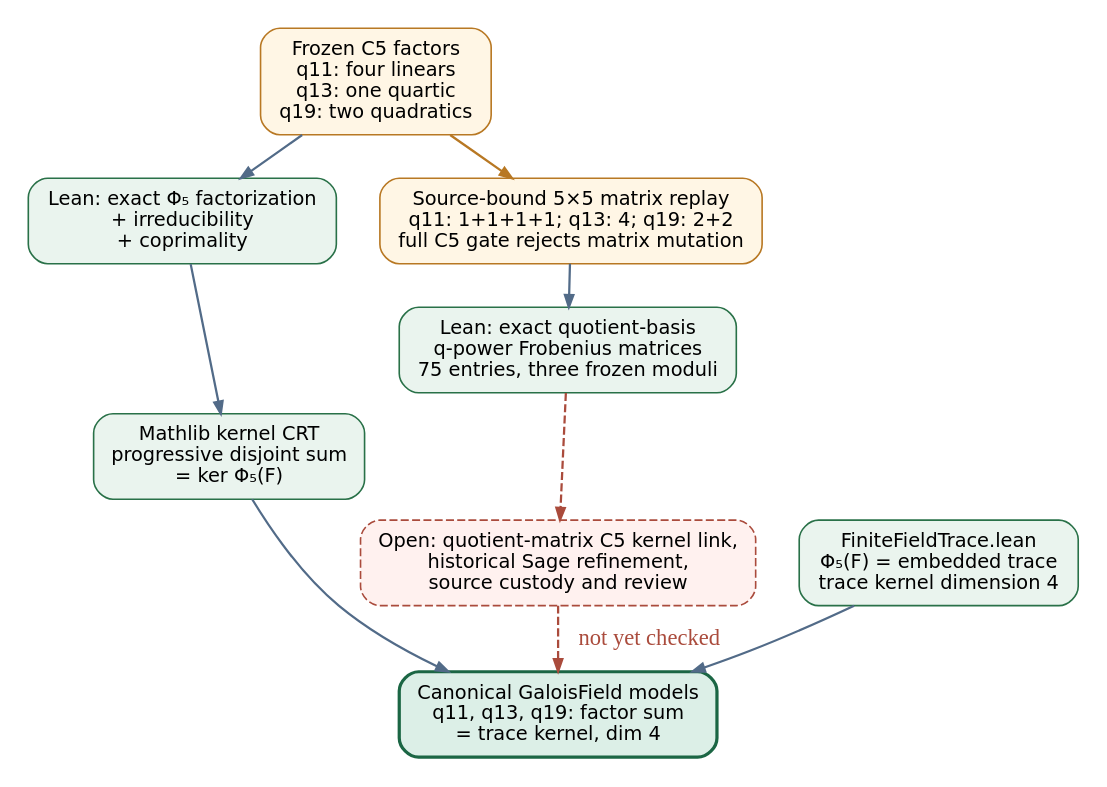
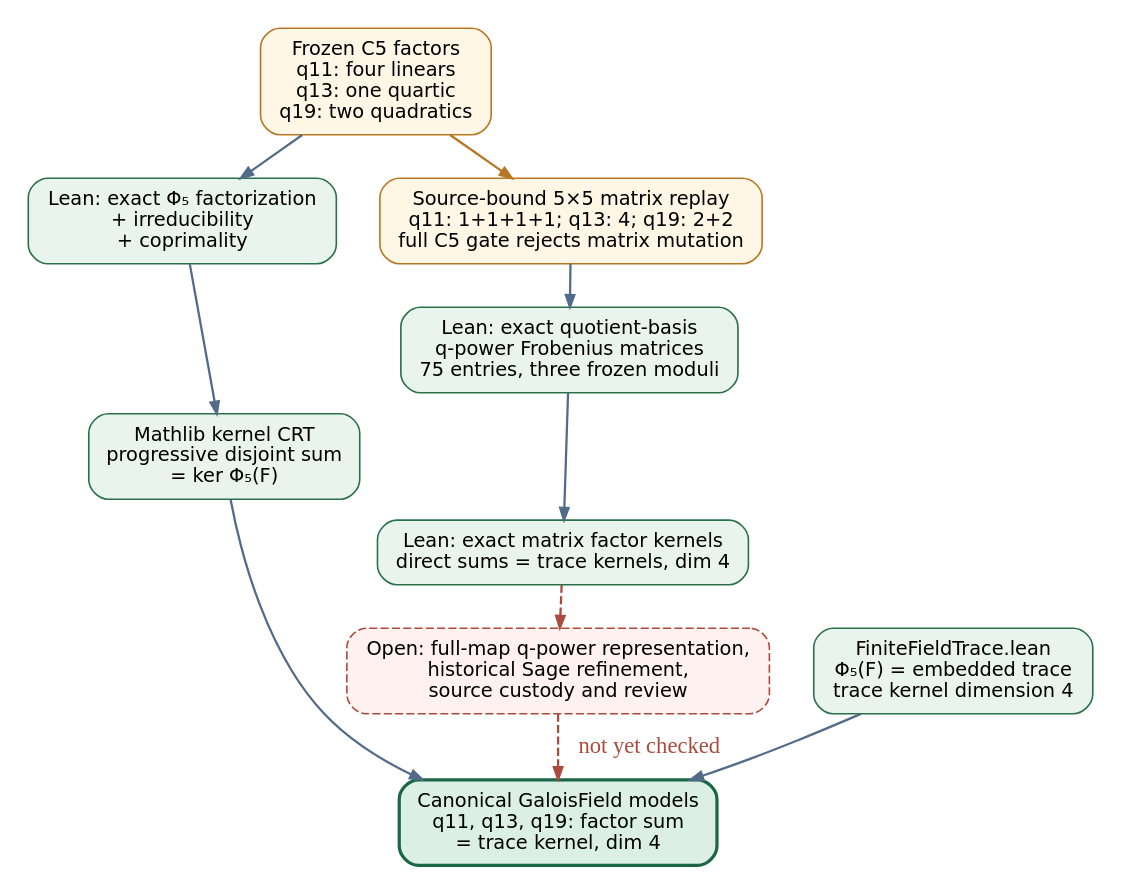
One commit to aburan28/crypto-autoresearcher changed the diagram in docs/reports/2026-10-22-frob-c5-factor-kernels/proof.dot. Above: the diagram before and after it, drawn with Graphviz. The commit also changed 9 other files, not shown here.

Commit message:
Narrow C5 bridge after exact matrix kernel proof

```diff
--- a/docs/reports/2026-10-22-frob-c5-factor-kernels/proof.dot
+++ b/docs/reports/2026-10-22-frob-c5-factor-kernels/proof.dot
@@ -1,19 +1,21 @@
 digraph C5FactorProof {
   graph [rankdir=TB, bgcolor="white", fontname="DejaVu Sans", nodesep=0.38, ranksep=0.36, pad=0.14];
   node [shape=box, style="rounded,filled", fontname="DejaVu Sans", fontsize=12, color="#274c77", fillcolor="#edf5ff", margin="0.16,0.10"];
   edge [color="#526b88", arrowsize=0.75, penwidth=1.4];
   frozen [label="Frozen C5 factors\nq11: four linears\nq13: one quartic\nq19: two quadratics", fillcolor="#fff6e5", color="#b87823"];
   exact [label="Lean: exact Φ₅ factorization\n+ irreducibility\n+ coprimality", fillcolor="#eaf4ee", color="#297148"];
   crt [label="Mathlib kernel CRT\nprogressive disjoint sum\n= ker Φ₅(F)", fillcolor="#eaf4ee", color="#297148"];
   trace [label="FiniteFieldTrace.lean\nΦ₅(F) = embedded trace\ntrace kernel dimension 4", fillcolor="#eaf4ee", color="#297148"];
   result [label="Canonical GaloisField models\nq11, q13, q19: factor sum\n= trace kernel, dim 4", fillcolor="#dcefe7", color="#1b6644", penwidth=2];
   replay [label="Source-bound 5×5 matrix replay\nq11: 1+1+1+1; q13: 4; q19: 2+2\nfull C5 gate rejects matrix mutation", fillcolor="#fff6e5", color="#b87823"];
   quotient [label="Lean: exact quotient-basis\nq-power Frobenius matrices\n75 entries, three frozen moduli", fillcolor="#eaf4ee", color="#297148"];
-  bridge [label="Open: quotient-matrix C5 kernel link,\nhistorical Sage refinement,\nsource custody and review", style="rounded,dashed,filled", fillcolor="#fff1ef", color="#aa4b3c"];
+  matrixkernel [label="Lean: exact matrix factor kernels\ndirect sums = trace kernels, dim 4", fillcolor="#eaf4ee", color="#297148"];
+  bridge [label="Open: full-map q-power representation,\nhistorical Sage refinement,\nsource custody and review", style="rounded,dashed,filled", fillcolor="#fff1ef", color="#aa4b3c"];
   frozen -> exact -> crt -> result;
   trace -> result;
   frozen -> replay [color="#b87823"];
   replay -> quotient;
-  quotient -> bridge [style=dashed, color="#aa4b3c"];
+  quotient -> matrixkernel;
+  matrixkernel -> bridge [style=dashed, color="#aa4b3c"];
   bridge -> result [style=dashed, color="#aa4b3c", label="not yet checked", fontcolor="#aa4b3c"];
 }
```
